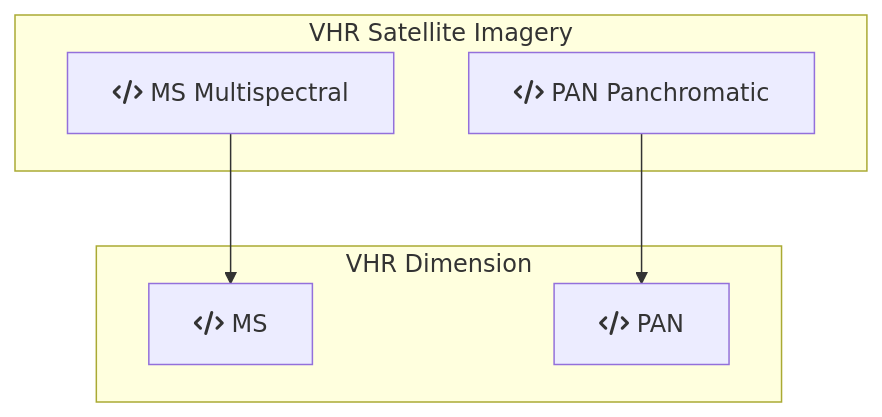
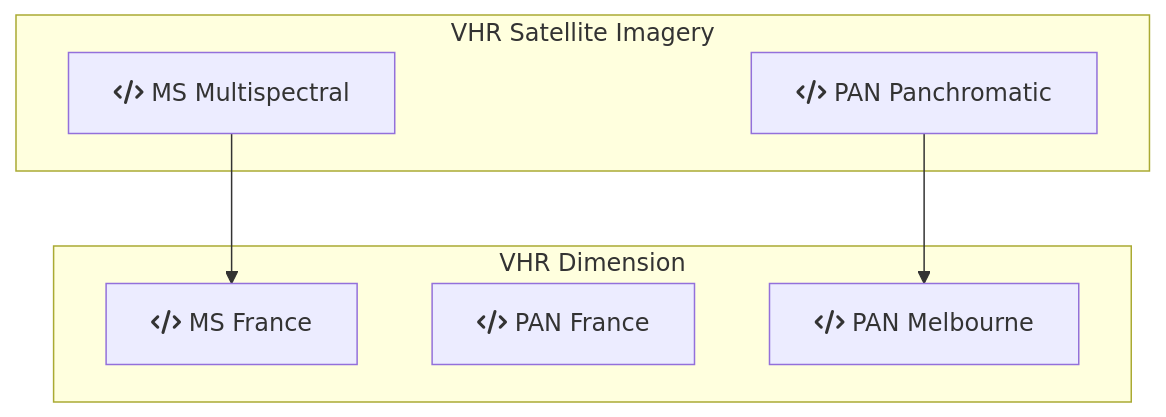
One commit to DippoldEJ/Satellite-Datasets changed the diagram in Pleiades/README.md. Above: the diagram before and after it, drawn with Mermaid.

````diff
--- a/Pleiades/README.md
+++ b/Pleiades/README.md
@@ -7,16 +7,17 @@
 ```mermaid
 flowchart TD;
 
 subgraph VHR Satellite Imagery
     a[fa:fa-code MS Multispectral]
     b[fa:fa-code PAN Panchromatic]
     end
 
 subgraph VHR Dimension
-    c[fa:fa-code MS]
-    d[fa:fa-code PAN ]
+    c[fa:fa-code MS France]
+    d[fa:fa-code PAN France]
+    e[fa:fa-code PAN Melbourne]
     end
 
 a --> c
-b --> d
+b --> e
 ```
````
